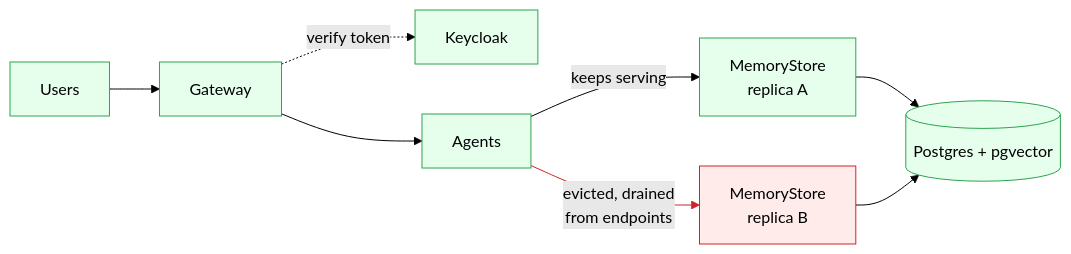
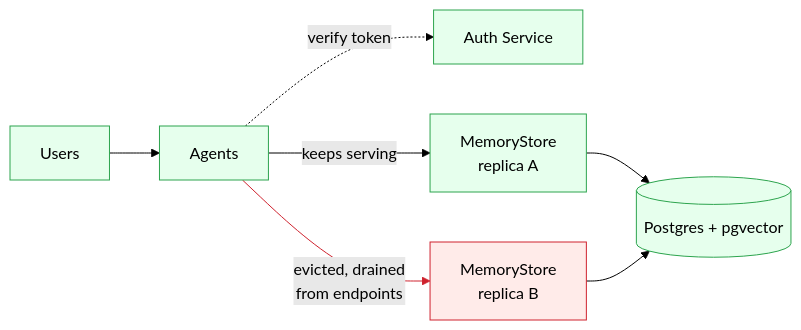
Before and after one commit to axsaucedo/kaos-adrs: the fourth of 8 diagrams in memory/blog/BLOGPOST_DRAFT_PART_3.md, drawn with Mermaid (forest theme). The commit also changed other lines of this file, not shown here.

First line of the commit message:
blog(part3): simplify failure diagrams to Users, Agents, Auth Service, replicas, Postgres

````diff
--- a/memory/blog/BLOGPOST_DRAFT_PART_3.md
+++ b/memory/blog/BLOGPOST_DRAFT_PART_3.md
@@ -236,16 +236,15 @@
 ```mermaid
 flowchart LR
-  U["Users"] --> GW["Gateway"]
-  GW -.->|"verify token"| KC["Keycloak"]
-  GW --> A["Agents"]
+  U["Users"] --> A["Agents"]
+  A -.->|"verify token"| AS["Auth Service"]
   A -->|"keeps serving"| R1["MemoryStore<br/>replica A"]
   A -->|"evicted, drained<br/>from endpoints"| R2["MemoryStore<br/>replica B"]
   R1 --> PG[("Postgres + pgvector")]
   R2 --> PG
   classDef down fill:#ffebe9,stroke:#cf222e;
   classDef warn fill:#fff8c5,stroke:#d4a72c;
   classDef ok fill:#e6ffed,stroke:#2da44e;
   class R2 down;
-  class U,GW,KC,A,R1,PG ok;
-  linkStyle 4 stroke:#cf222e
+  class U,AS,A,R1,PG ok;
+  linkStyle 3 stroke:#cf222e
 ```
````
